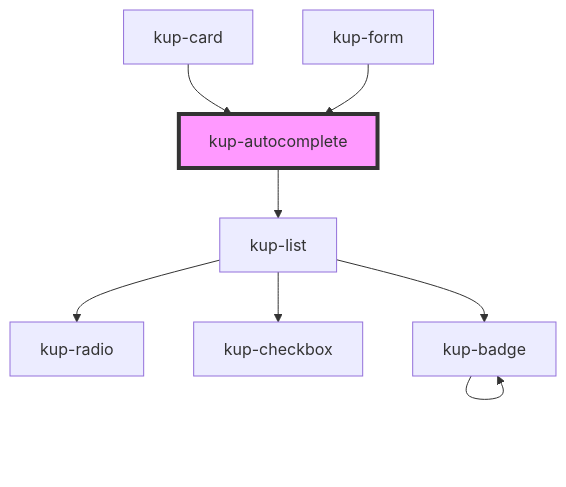
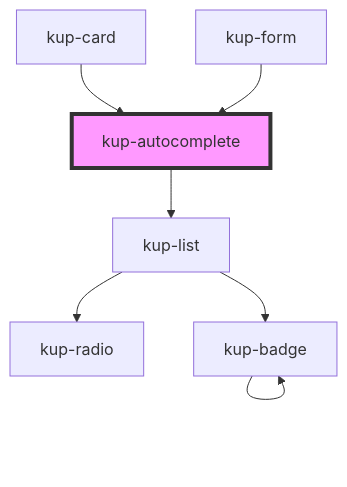
The diagram in packages/ketchup/src/components/kup-autocomplete/readme.md (smeup/ketchup), drawn with Mermaid before and after one commit. The commit also changed 31 other files, not shown here.

Commit message:
kup-list: removed mdcw dependency and renamed some types.

````diff
--- a/packages/ketchup/src/components/kup-autocomplete/readme.md
+++ b/packages/ketchup/src/components/kup-autocomplete/readme.md
@@ -111,11 +111,10 @@
 ```mermaid
 graph TD;
   kup-autocomplete --> kup-list
   kup-list --> kup-radio
-  kup-list --> kup-checkbox
   kup-list --> kup-badge
   kup-badge --> kup-badge
   kup-card --> kup-autocomplete
   kup-form --> kup-autocomplete
   style kup-autocomplete fill:#f9f,stroke:#333,stroke-width:4px
 ```
````
